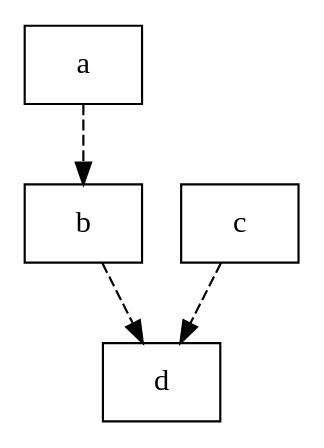
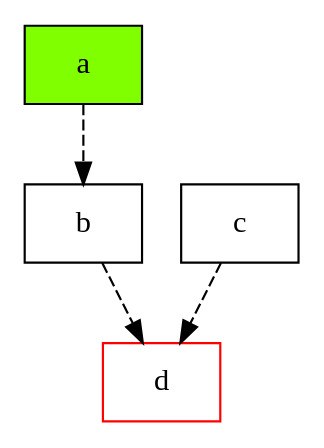
Before and after one commit to greatgauss/graphviz_script: the diagram in hello.dot, drawn with Graphviz.

Commit message:
Color Example

```diff
--- a/hello.dot
+++ b/hello.dot
@@ -1,13 +1,13 @@
 digraph abc{
 node [shape="record"];
 edge [style="dashed"];
 
-a;
+a[style="filled", color="black", fillcolor="chartreuse"];
 b;
 c;
-d;
+d[color="red"];
  
 a -> b;
 b -> d;
 c -> d;
 }
```
